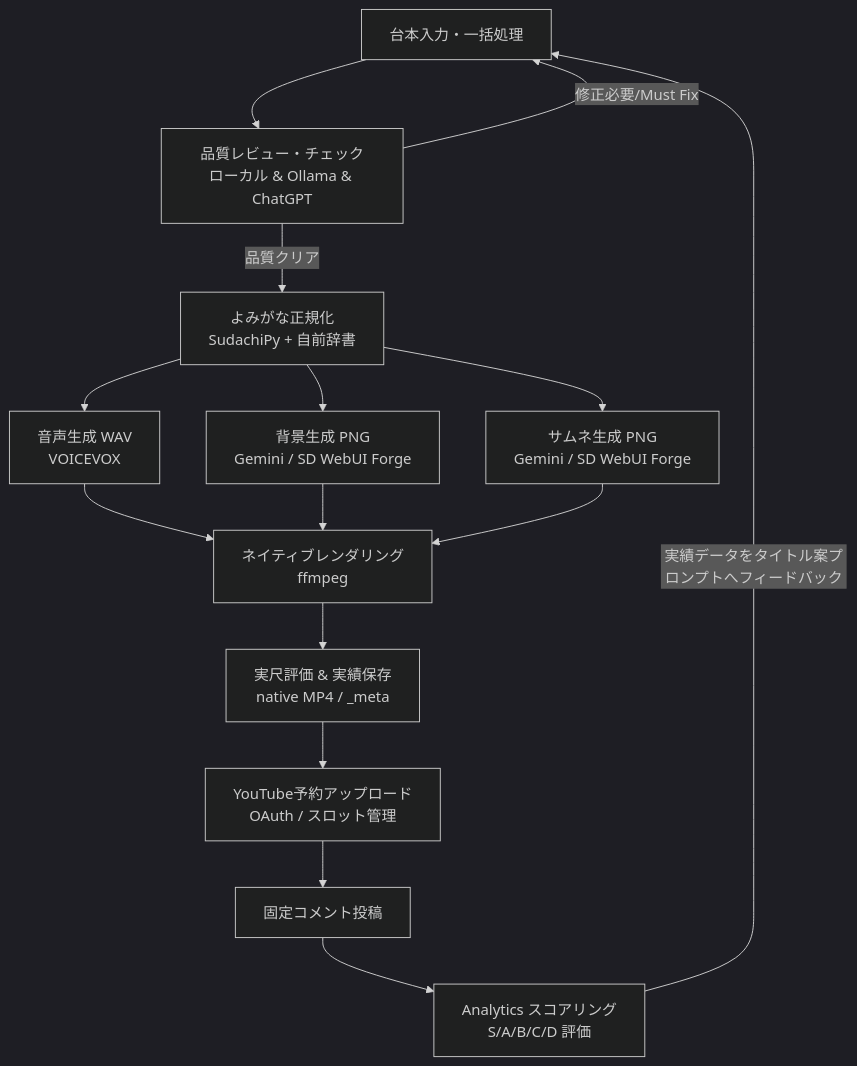
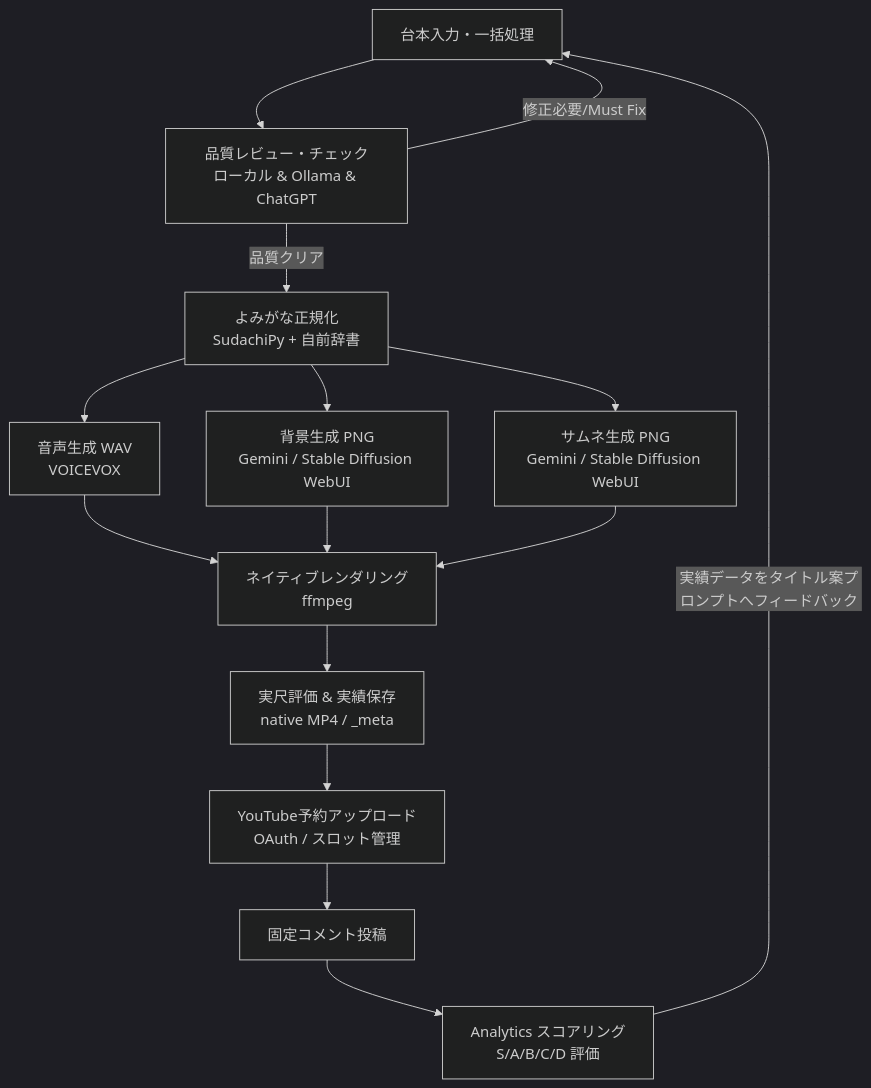
Before and after one commit to benybeny777/PicoCast: the diagram in README.md, drawn with Mermaid (dark theme). The commit also changed other lines of this file and 2 other files, not shown here.

````diff
--- a/README.md
+++ b/README.md
@@ -36,17 +36,17 @@
 ```mermaid
 graph TD
     A[台本入力・一括処理] --> B[品質レビュー・チェック<br/>ローカル & Ollama & ChatGPT]
     B -->|修正必要/Must Fix| A
     B -->|品質クリア| C[よみがな正規化<br/>SudachiPy + 自前辞書]
     C --> D[音声生成 WAV<br/>VOICEVOX]
-    C --> E[背景生成 PNG<br/>Gemini / SD WebUI Forge]
-    C --> T[サムネ生成 PNG<br/>Gemini / SD WebUI Forge]
+    C --> E[背景生成 PNG<br/>Gemini / Stable Diffusion WebUI]
+    C --> T[サムネ生成 PNG<br/>Gemini / Stable Diffusion WebUI]
     D --> F[ネイティブレンダリング<br/>ffmpeg]
     E --> F
     T --> F
     F --> G[実尺評価 & 実績保存<br/>native MP4 / _meta]
     G --> H[YouTube予約アップロード<br/>OAuth / スロット管理]
     H --> I[固定コメント投稿]
     I --> J[Analytics スコアリング<br/>S/A/B/C/D 評価]
     J -->|実績データをタイトル案プロンプトへフィードバック| A
 ```
````
